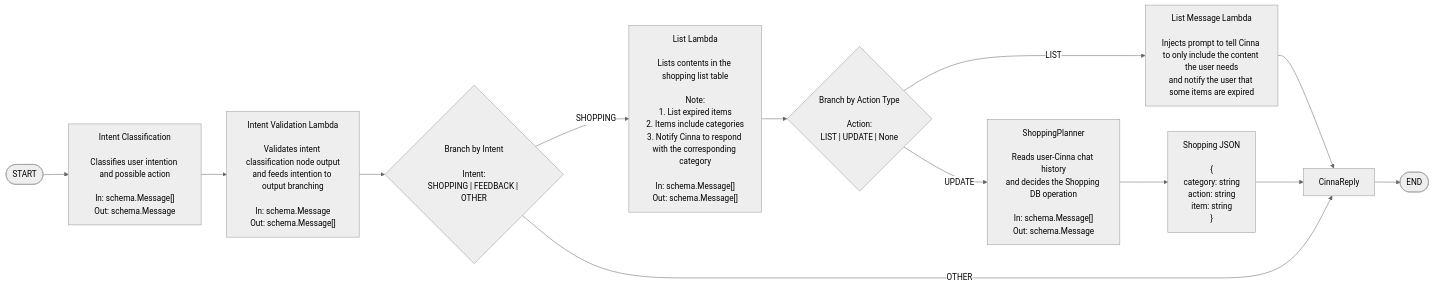
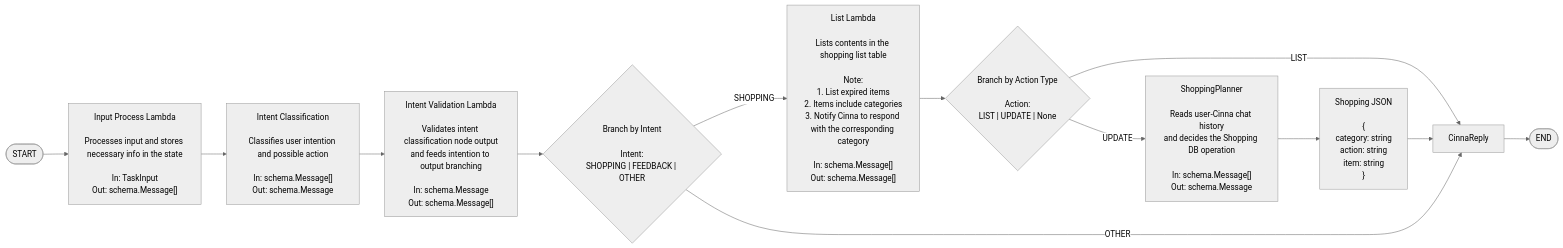
Before and after one commit to akane9506/cinna: the diagram in README.md, drawn with Mermaid (neutral theme). The commit also changed 8 other files, not shown here.

Commit message:
feat:add shopping list task planner node

````diff
--- a/README.md
+++ b/README.md
@@ -9,26 +9,26 @@
 ```mermaid
 flowchart LR
-    Start([START]) --> IntentClassifier["Intent Classification<br/><br/>Classifies user intention and possible action<br/><br/>In: schema.Message[]<br/>Out: schema.Message"]
+    Start([START]) --> InputProcessLambda["Input Process Lambda<br/><br/>Processes input and stores necessary info in the state<br/><br/>In: TaskInput<br/>Out: schema.Message[]"]
+
+    InputProcessLambda --> IntentClassifier["Intent Classification<br/><br/>Classifies user intention and possible action<br/><br/>In: schema.Message[]<br/>Out: schema.Message"]
 
     IntentClassifier --> IntentLambda["Intent Validation Lambda<br/><br/>Validates intent classification node output<br/>and feeds intention to output branching<br/><br/>In: schema.Message<br/>Out: schema.Message[]"]
 
     IntentLambda --> IntentRouter{"Branch by Intent<br/><br/>Intent:<br/>SHOPPING | FEEDBACK | OTHER"}
 
     IntentRouter -- SHOPPING --> ListLambda["List Lambda<br/><br/>Lists contents in the shopping list table<br/><br/>Note:<br/>1. List expired items<br/>2. Items include categories<br/>3. Notify Cinna to respond with the corresponding category<br/><br/>In: schema.Message[]<br/>Out: schema.Message[]"]
 
     ListLambda --> ActionRouter{"Branch by Action Type<br/><br/>Action:<br/>LIST | UPDATE | None"}
 
     ActionRouter -- UPDATE --> ShoppingPlanner["ShoppingPlanner<br/><br/>Reads user-Cinna chat history<br/>and decides the Shopping DB operation<br/><br/>In: schema.Message[]<br/>Out: schema.Message"]
 
-    ActionRouter -- LIST --> ListMessageLambda["List Message Lambda<br/><br/>Injects prompt to tell Cinna to only include the content the user needs<br/>and notify the user that some items are expired"]
-
-    ListMessageLambda --> CinnaReply["CinnaReply"]
+    ActionRouter -- LIST --> CinnaReply["CinnaReply"]
 
     ShoppingPlanner --> ShoppingOutput["Shopping JSON<br/><br/>{<br/>category: string<br/>action: string<br/>item: string<br/>}"]
 
     ShoppingOutput --> CinnaReply
 
     IntentRouter -- OTHER --> CinnaReply
 
     CinnaReply --> End([END])
 ```
````
